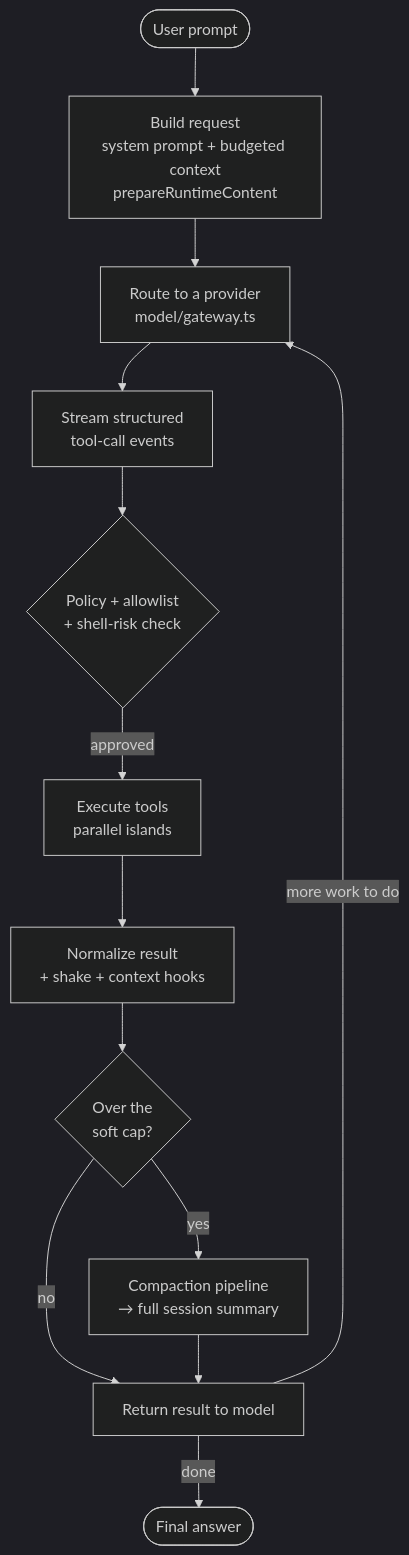
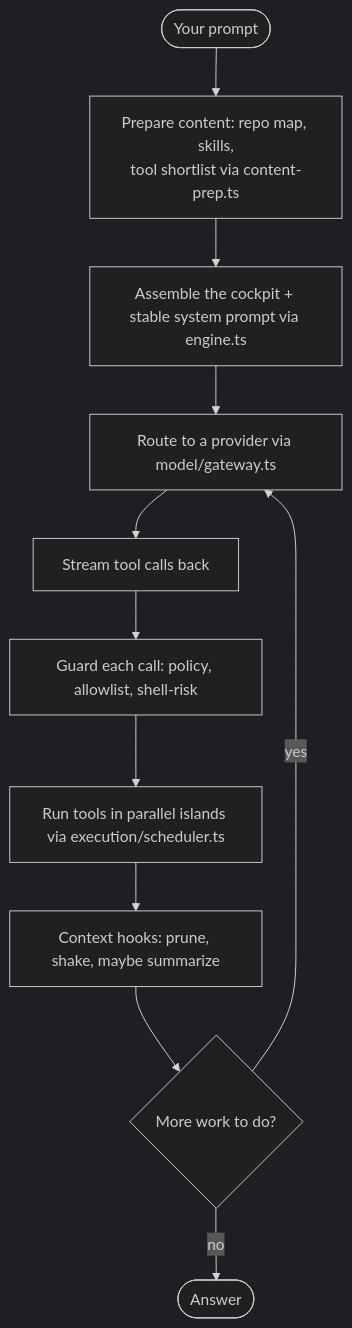
One commit to gowtham-uj/ReaperCode changed the first of 2 diagrams in README.md. Above: the diagram before and after it, drawn with Mermaid (dark theme). The commit also changed other lines of this file, not shown here.

````diff
--- a/README.md
+++ b/README.md
@@ -21,15 +28,13 @@
 ```mermaid
 flowchart TD
-    U([User prompt]) --> B[Build request<br/>system prompt + budgeted context<br/>prepareRuntimeContent]
-    B --> R[Route to a provider<br/>model/gateway.ts]
-    R --> S[Stream structured<br/>tool-call events]
-    S --> P{Policy + allowlist<br/>+ shell-risk check}
-    P -->|approved| X[Execute tools<br/>parallel islands]
-    X --> C[Normalize result<br/>+ shake + context hooks]
-    C --> D{Over the<br/>soft cap?}
-    D -->|yes| K[Compaction pipeline<br/>→ full session summary]
-    D -->|no| M[Return result to model]
-    K --> M
-    M -->|more work to do| R
-    M -->|done| E([Final answer])
+    U([Your prompt]) --> P[Prepare content: repo map, skills,<br/>tool shortlist via content-prep.ts]
+    P --> B[Assemble the cockpit + stable system prompt via engine.ts]
+    B --> R[Route to a provider via model/gateway.ts]
+    R --> S[Stream tool calls back]
+    S --> G[Guard each call: policy, allowlist, shell-risk]
+    G --> X[Run tools in parallel islands via execution/scheduler.ts]
+    X --> H[Context hooks: prune, shake, maybe summarize]
+    H --> D{More work to do?}
+    D -->|yes| R
+    D -->|no| E([Answer])
 ```
````
